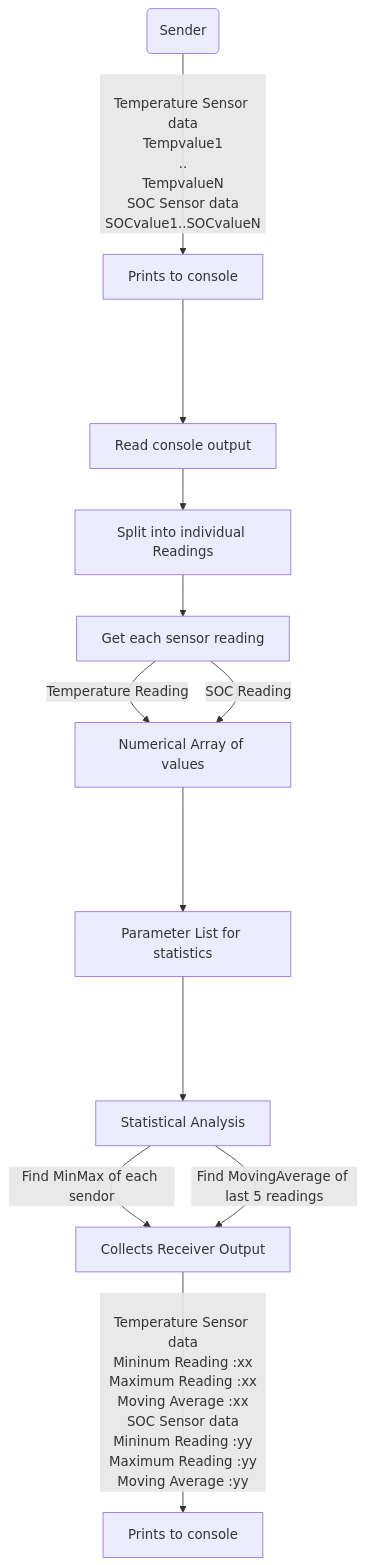
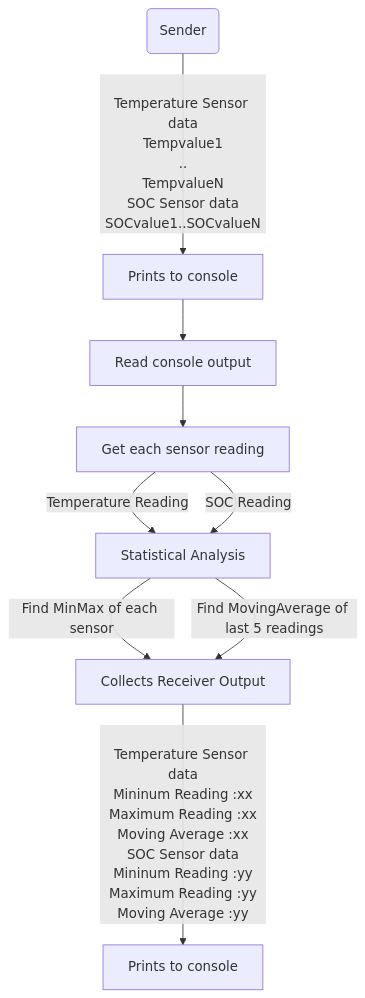
One commit to clean-code-craft-tcq-4/stream-line-jayminchhabhaya changed the diagram in Receiver_Implementation.md. Above: the diagram before and after it, drawn with Mermaid.

````diff
--- a/Receiver_Implementation.md
+++ b/Receiver_Implementation.md
@@ -11,16 +11,13 @@
 ```mermaid
 flowchart TD
 
     A(Sender) --\nTemperature Sensor data\nTempvalue1\n..\nTempvalueN\nSOC Sensor data\nSOCvalue1..SOCvalueN\n--> B[Prints to console]
-    B ----> C
-    C[Read console output] --> D[Split into individual Readings] 
-    D-->E[Get each sensor reading]
-    E--Temperature Reading--> F[Numerical Array of values]
-    E--SOC Reading--> F
-    F ----> G[Parameter List for statistics]
-    G ----> H[Statistical Analysis]
-    H --Find MinMax of each sendor--> I[Collects Receiver Output]
+    B -->C
+    C[Read console output] --> E[Get each sensor reading]
+    E--Temperature Reading--> H[Statistical Analysis]
+    E--SOC Reading--> H
+    H --Find MinMax of each sensor--> I[Collects Receiver Output]
     H --Find MovingAverage of last 5 readings--> I[Collects Receiver Output]
     I --\nTemperature Sensor data\nMininum Reading :xx\nMaximum Reading :xx\nMoving Average :xx\nSOC Sensor data\nMininum Reading :yy\nMaximum Reading :yy\nMoving Average :yy\n--> K[Prints to console]
 
 ```
````
